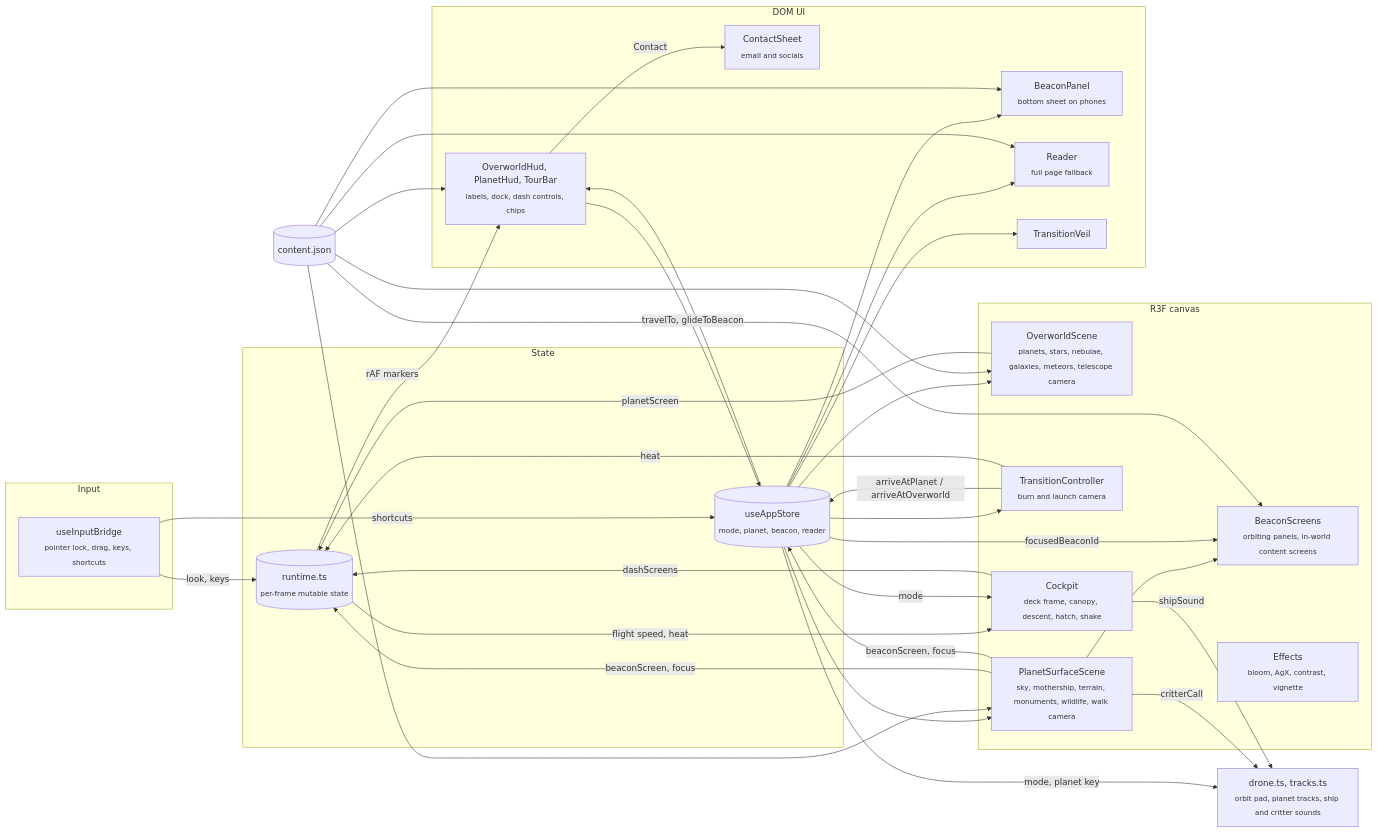
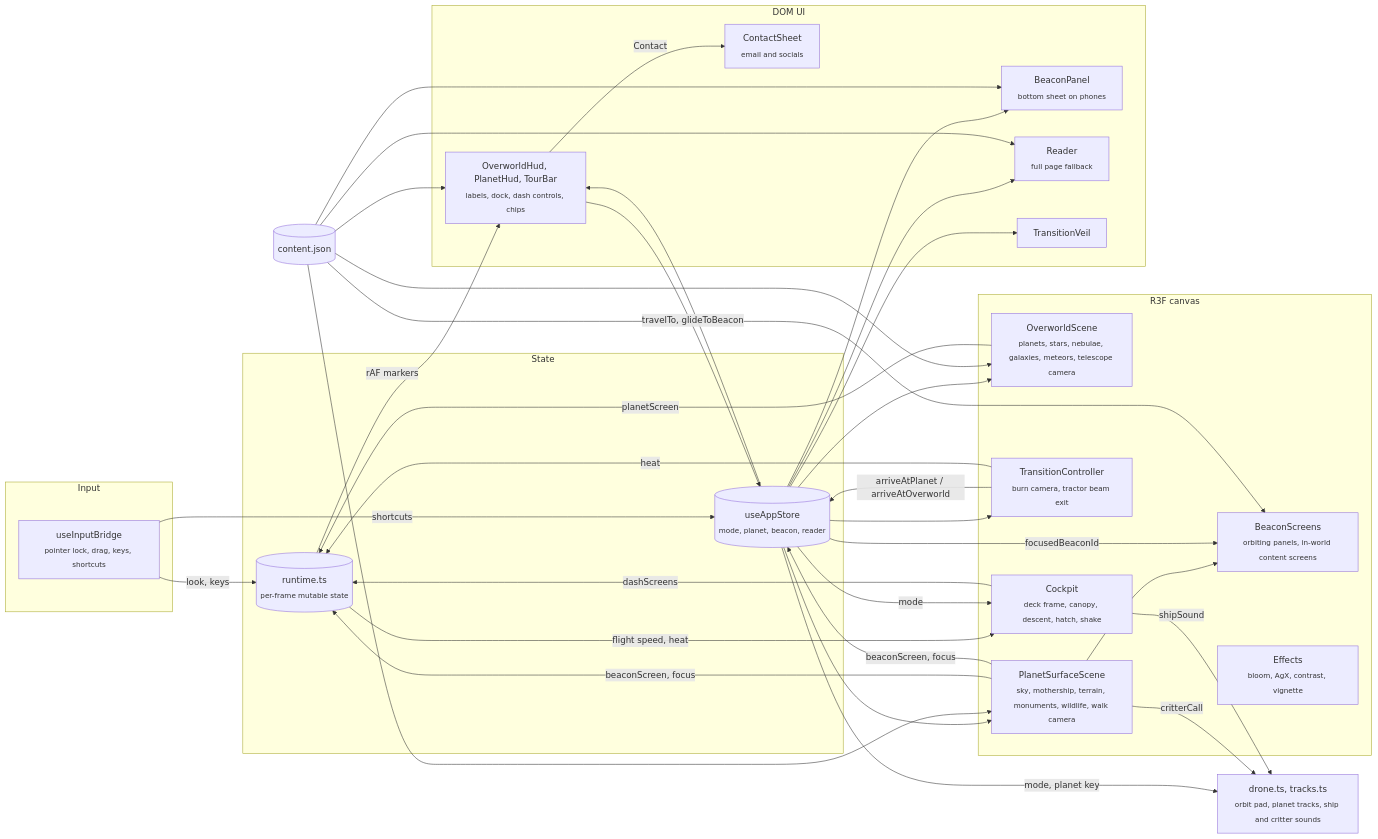
One commit to teddycitrus/portfolio changed the first of 2 diagrams in README.md. Above: the diagram before and after it, drawn with Mermaid. The commit also changed other lines of this file and 8 other files, not shown here.

Commit message:
added tractor beam exit, turn from window to hatch on landing

````diff
--- a/README.md
+++ b/README.md
@@ -19,47 +19,47 @@
 ```mermaid
 flowchart LR
   subgraph Input
     bridge["useInputBridge<br/><sub>pointer lock, drag, keys, shortcuts</sub>"]
   end
   subgraph State
     store[("useAppStore<br/><sub>mode, planet, beacon, reader</sub>")]
     runtime[("runtime.ts<br/><sub>per-frame mutable state</sub>")]
   end
   subgraph Canvas["R3F canvas"]
     overworld["OverworldScene<br/><sub>planets, stars, nebulae, galaxies, meteors, telescope camera</sub>"]
     surface["PlanetSurfaceScene<br/><sub>sky, mothership, terrain, monuments, wildlife, walk camera</sub>"]
     screens["BeaconScreens<br/><sub>orbiting panels, in-world content screens</sub>"]
-    transition["TransitionController<br/><sub>burn and launch camera</sub>"]
+    transition["TransitionController<br/><sub>burn camera, tractor beam exit</sub>"]
     ship["Cockpit<br/><sub>deck frame, canopy, descent, hatch, shake</sub>"]
     fx["Effects<br/><sub>bloom, AgX, contrast, vignette</sub>"]
   end
   subgraph DOM["DOM UI"]
     hud["OverworldHud, PlanetHud, TourBar<br/><sub>labels, dock, dash controls, chips</sub>"]
     contact["ContactSheet<br/><sub>email and socials</sub>"]
     panel["BeaconPanel<br/><sub>bottom sheet on phones</sub>"]
     reader["Reader<br/><sub>full page fallback</sub>"]
     veil["TransitionVeil"]
   end
   content[("content.json")]
   drone["drone.ts, tracks.ts<br/><sub>orbit pad, planet tracks, ship and critter sounds</sub>"]
 
   bridge -->|"look, keys"| runtime
   bridge -->|"shortcuts"| store
   store --> overworld & surface & transition & hud & panel & reader & veil
   overworld -->|"planetScreen"| runtime
   surface -->|"beaconScreen, focus"| runtime & store
   runtime -->|"rAF markers"| hud
   surface --> screens
   surface -->|"critterCall"| drone
   store -->|"focusedBeaconId"| screens
   store -->|"mode, planet key"| drone
   content --> overworld & surface & hud & panel & reader & screens
   hud -->|"travelTo, glideToBeacon"| store
   transition -->|"arriveAtPlanet / arriveAtOverworld"| store
   transition -->|"heat"| runtime
   runtime -->|"flight speed, heat"| ship
   store -->|"mode"| ship
   ship -->|"shipSound"| drone
   ship -->|"dashScreens"| runtime
   hud -->|"Contact"| contact
 ```
````
